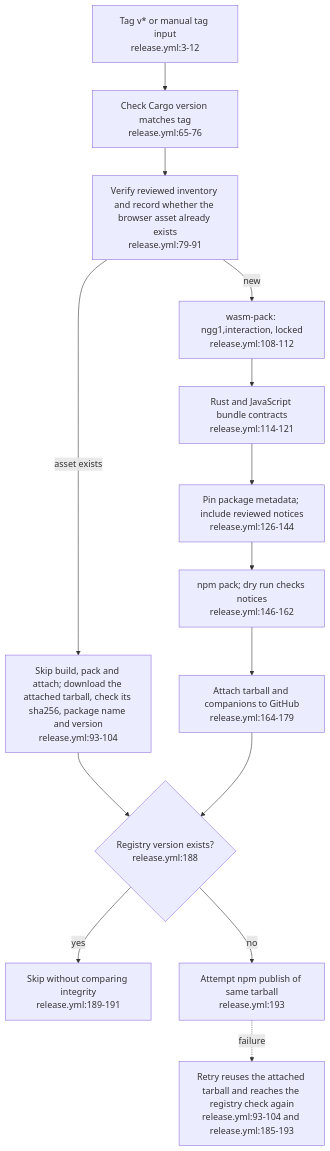
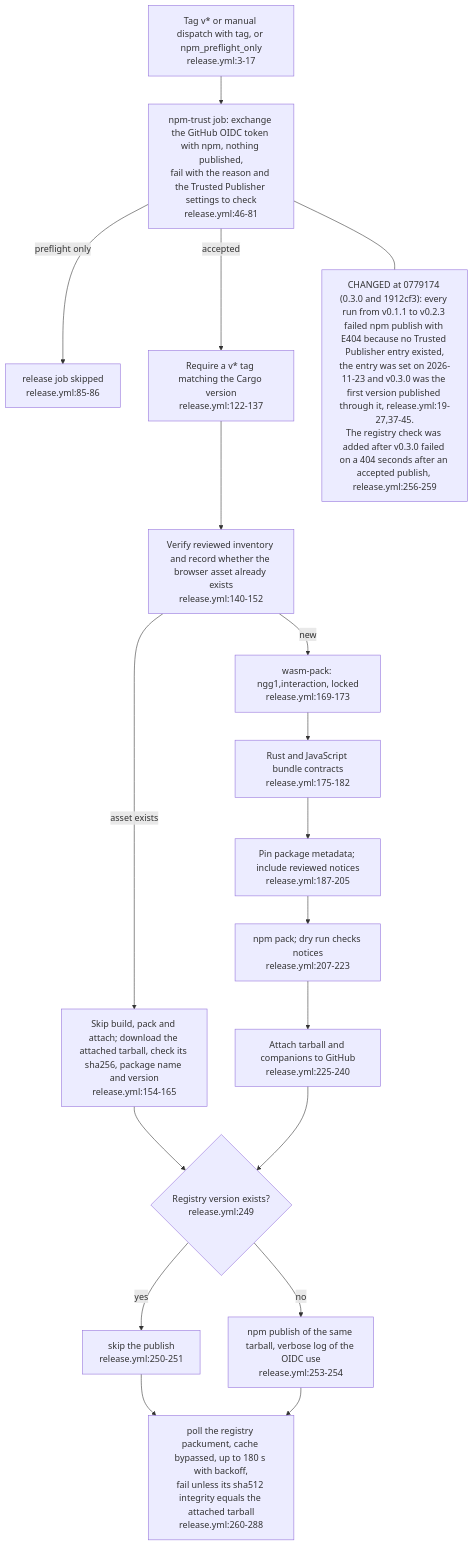
The third of 6 diagrams in docs/diagrams/vowl-wasm/05-build-test-bench-and-publish.md (DreamLab-AI/VisionFlow), drawn with Mermaid before and after one commit. The commit also changed other lines of this file and 5 other files, not shown here.

First line of the commit message:
docs(diagrams): vowl-wasm re-verified at v0.4.0 (0779174)

````diff
--- a/docs/diagrams/vowl-wasm/05-build-test-bench-and-publish.md
+++ b/docs/diagrams/vowl-wasm/05-build-test-bench-and-publish.md
@@ -71,16 +71,21 @@
 ```mermaid
 flowchart TB
-    TAG["Tag v* or manual tag input<br/>release.yml:3-12"] --> CHECK["Check Cargo version matches tag<br/>release.yml:65-76"]
-    CHECK --> VERIFY["Verify reviewed inventory and record whether the browser asset already exists<br/>release.yml:79-91"]
-    VERIFY -->|asset exists| REUSE["Skip build, pack and attach; download the attached tarball, check its sha256, package name and version<br/>release.yml:93-104"]
-    VERIFY -->|new| BUILD["wasm-pack: ngg1,interaction, locked<br/>release.yml:108-112"]
+    TAG["Tag v* or manual dispatch with tag, or npm_preflight_only<br/>release.yml:3-17"] --> TRUST["npm-trust job: exchange the GitHub OIDC token with npm, nothing published,<br/>fail with the reason and the Trusted Publisher settings to check<br/>release.yml:46-81"]
+    TRUST -->|"preflight only"| STOP["release job skipped<br/>release.yml:85-86"]
+    TRUST -->|"accepted"| CHECK["Require a v* tag matching the Cargo version<br/>release.yml:122-137"]
+    CHECK --> VERIFY["Verify reviewed inventory and record whether the browser asset already exists<br/>release.yml:140-152"]
+    VERIFY -->|asset exists| REUSE["Skip build, pack and attach; download the attached tarball, check its sha256, package name and version<br/>release.yml:154-165"]
+    VERIFY -->|new| BUILD["wasm-pack: ngg1,interaction, locked<br/>release.yml:169-173"]
     REUSE --> EXISTS
-    BUILD --> GATE["Rust and JavaScript bundle contracts<br/>release.yml:114-121"]
-    GATE --> PIN["Pin package metadata; include reviewed notices<br/>release.yml:126-144"]
-    PIN --> PACK["npm pack; dry run checks notices<br/>release.yml:146-162"]
-    PACK --> REL["Attach tarball and companions to GitHub<br/>release.yml:164-179"]
-    REL --> EXISTS{"Registry version exists?<br/>release.yml:188"}
-    EXISTS -->|yes| SKIP["Skip without comparing integrity<br/>release.yml:189-191"]
-    EXISTS -->|no| NPM["Attempt npm publish of same tarball<br/>release.yml:193"]
-    NPM -. failure .-> RETRY["Retry reuses the attached tarball and reaches the registry check again<br/>release.yml:93-104 and release.yml:185-193"]
+    BUILD --> GATE["Rust and JavaScript bundle contracts<br/>release.yml:175-182"]
+    GATE --> PIN["Pin package metadata; include reviewed notices<br/>release.yml:187-205"]
+    PIN --> PACK["npm pack; dry run checks notices<br/>release.yml:207-223"]
+    PACK --> REL["Attach tarball and companions to GitHub<br/>release.yml:225-240"]
+    REL --> EXISTS{"Registry version exists?<br/>release.yml:249"}
+    EXISTS -->|yes| SKIP["skip the publish<br/>release.yml:250-251"]
+    EXISTS -->|no| NPM["npm publish of the same tarball, verbose log of the OIDC use<br/>release.yml:253-254"]
+    SKIP --> SERVE
+    NPM --> SERVE["poll the registry packument, cache bypassed, up to 180 s with backoff,<br/>fail unless its sha512 integrity equals the attached tarball<br/>release.yml:260-288"]
+    N1["CHANGED at 0779174 (0.3.0 and 1912cf3): every run from v0.1.1 to v0.2.3 failed npm publish with E404 because no Trusted Publisher entry existed,<br/>the entry was set on 2026-11-23 and v0.3.0 was the first version published through it, release.yml:19-27,37-45.<br/>The registry check was added after v0.3.0 failed on a 404 seconds after an accepted publish, release.yml:256-259"]
+    TRUST --- N1
 ```
````
